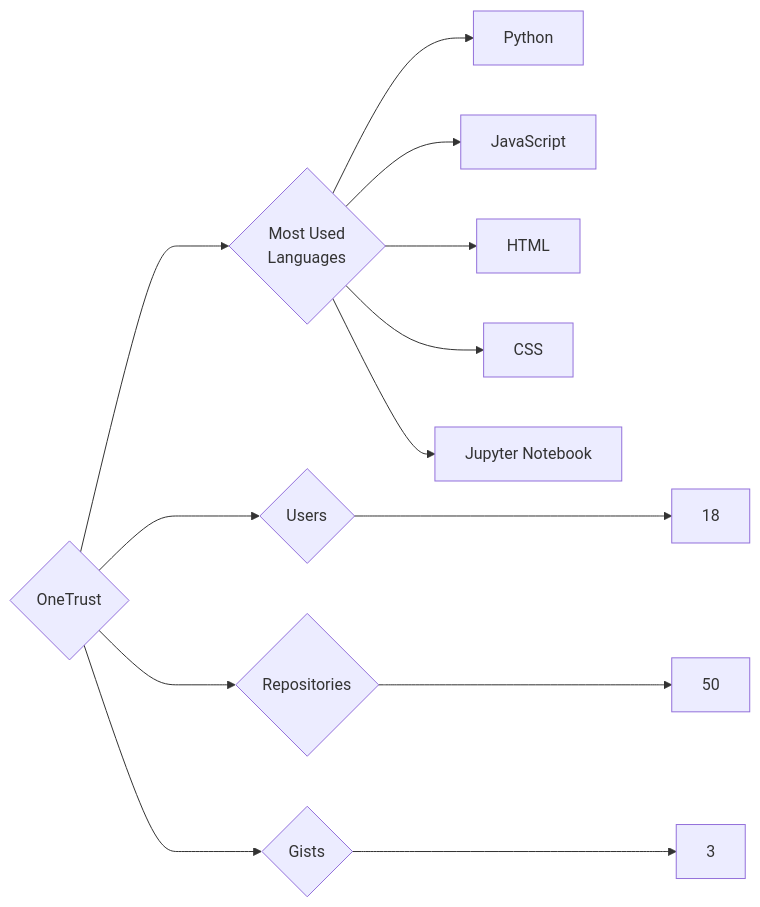
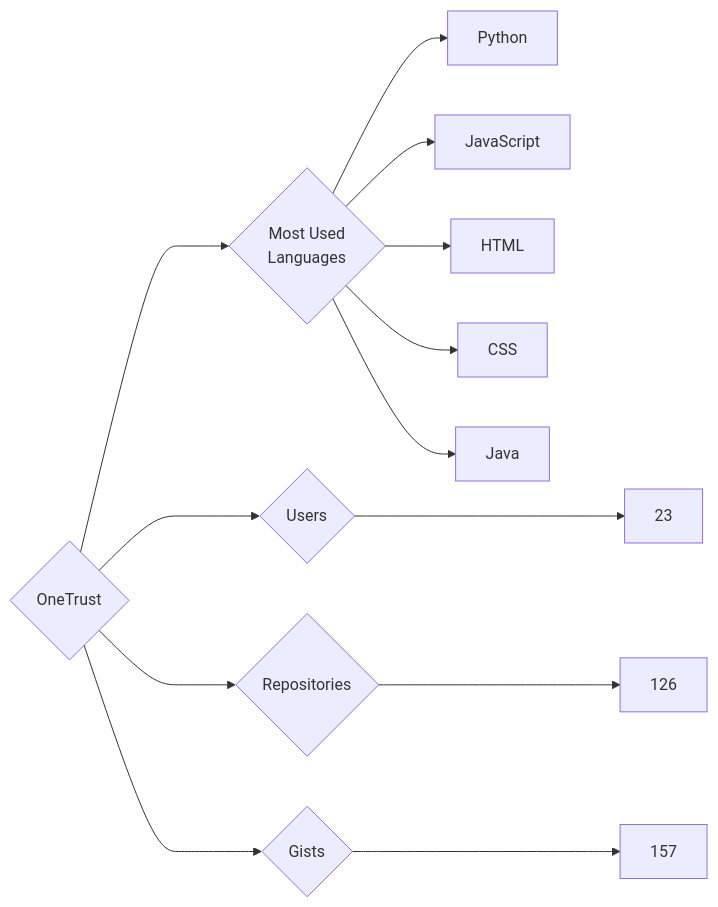
One commit to trickest/insiders changed the diagram in targets/OneTrust/README.md. Above: the diagram before and after it, drawn with Mermaid. The commit also changed 912 other files, not shown here.

````diff
--- a/targets/OneTrust/README.md
+++ b/targets/OneTrust/README.md
@@ -3,13 +3,13 @@
 ```mermaid
 graph LR
 COMPANY_NAME{OneTrust}
-COMPANY_NAME ---> U{Users} ---> UN[18]
-COMPANY_NAME ---> R{Repositories} ---> RN[50]
-COMPANY_NAME ---> G{Gists} ---> GN[3]
+COMPANY_NAME ---> U{Users} ---> UN[23]
+COMPANY_NAME ---> R{Repositories} ---> RN[126]
+COMPANY_NAME ---> G{Gists} ---> GN[157]
 COMPANY_NAME ---> ML{Most Used<br>Languages}
 ML --> Python[Python]
 ML --> JavaScript[JavaScript]
 ML --> HTML[HTML]
 ML --> CSS[CSS]
-ML --> Jupyter_Notebook[Jupyter Notebook]
+ML --> Java[Java]
 ```
````
